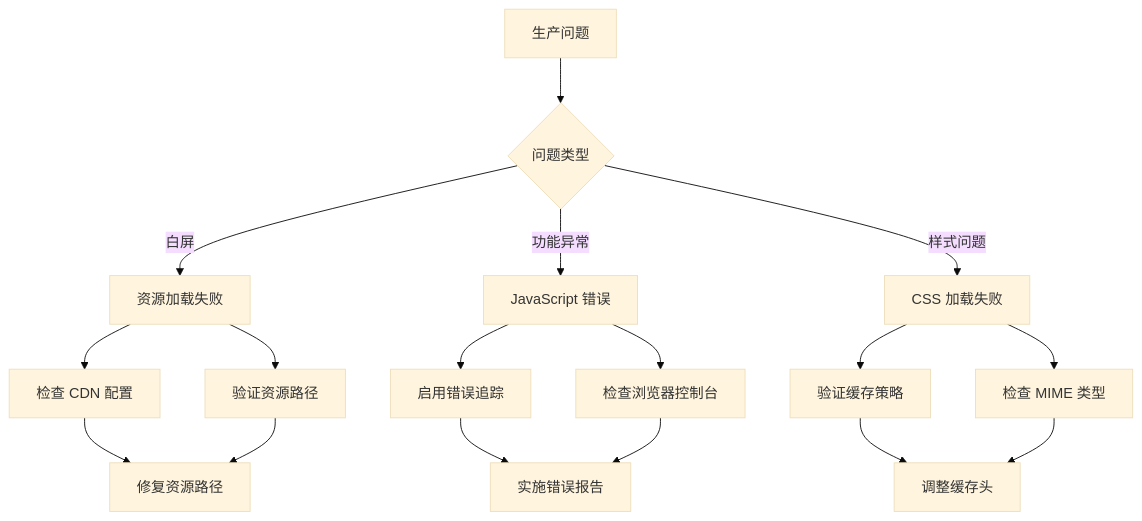
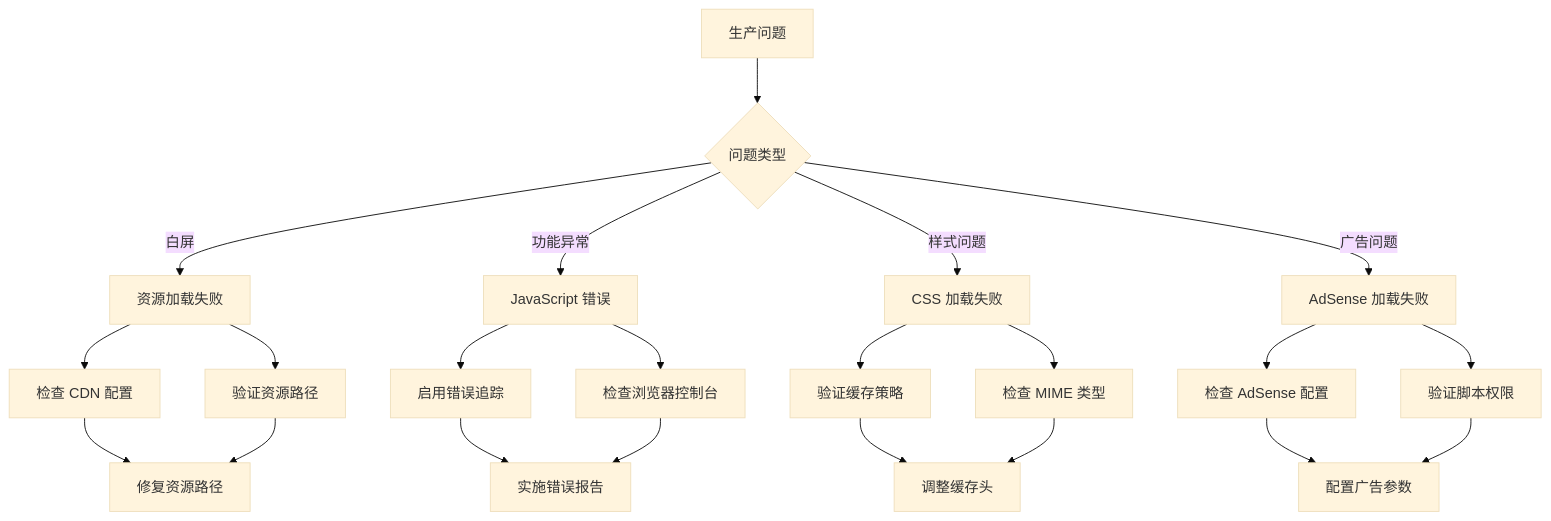
Diagram 18 of 21 in .qoder/repowiki/zh/content/部署指南.md (mrancc/reimagined-journey), drawn with Mermaid (base theme) before and after one commit. The commit also changed other lines of this file and 3 other files, not shown here.

````diff
--- a/.qoder/repowiki/zh/content/部署指南.md
+++ b/.qoder/repowiki/zh/content/部署指南.md
@@ -437,19 +568,24 @@
 ```mermaid
 flowchart TD
 A[生产问题] --> B{问题类型}
 B --> |白屏| C[资源加载失败]
 B --> |功能异常| D[JavaScript 错误]
 B --> |样式问题| E[CSS 加载失败]
-C --> F[检查 CDN 配置]
-C --> G[验证资源路径]
-D --> H[启用错误追踪]
-D --> I[检查浏览器控制台]
-E --> J[验证缓存策略]
-E --> K[检查 MIME 类型]
-F --> L[修复资源路径]
-G --> L
-H --> M[实施错误报告]
-I --> M
-J --> N[调整缓存头]
-K --> N
+B --> |广告问题| F[AdSense 加载失败]
+C --> G[检查 CDN 配置]
+C --> H[验证资源路径]
+D --> I[启用错误追踪]
+D --> J[检查浏览器控制台]
+E --> K[验证缓存策略]
+E --> L[检查 MIME 类型]
+F --> M[检查 AdSense 配置]
+F --> N[验证脚本权限]
+G --> O[修复资源路径]
+H --> O
+I --> P[实施错误报告]
+J --> P
+K --> Q[调整缓存头]
+L --> Q
+M --> R[配置广告参数]
+N --> R
 ```
````
